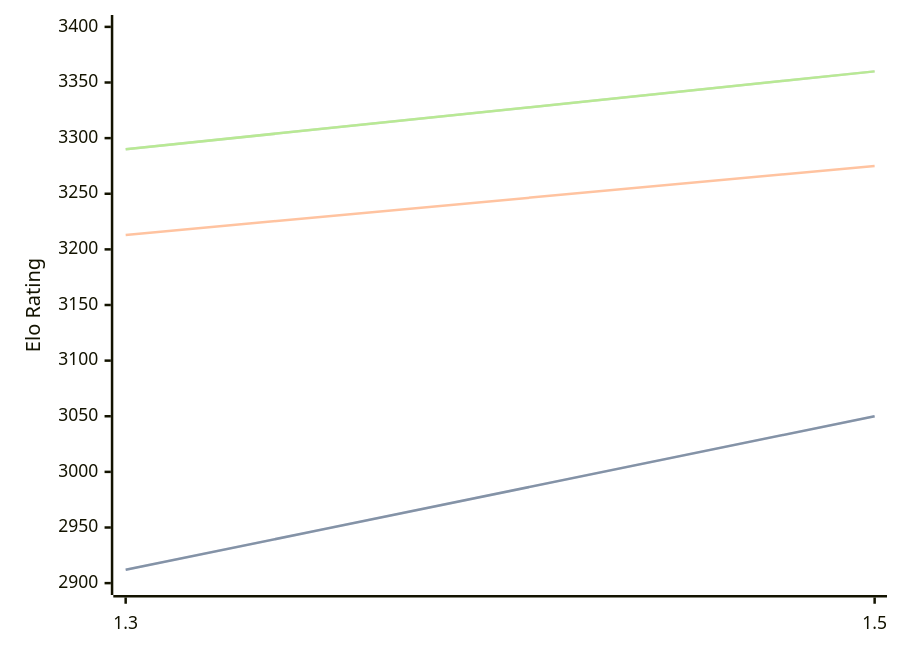
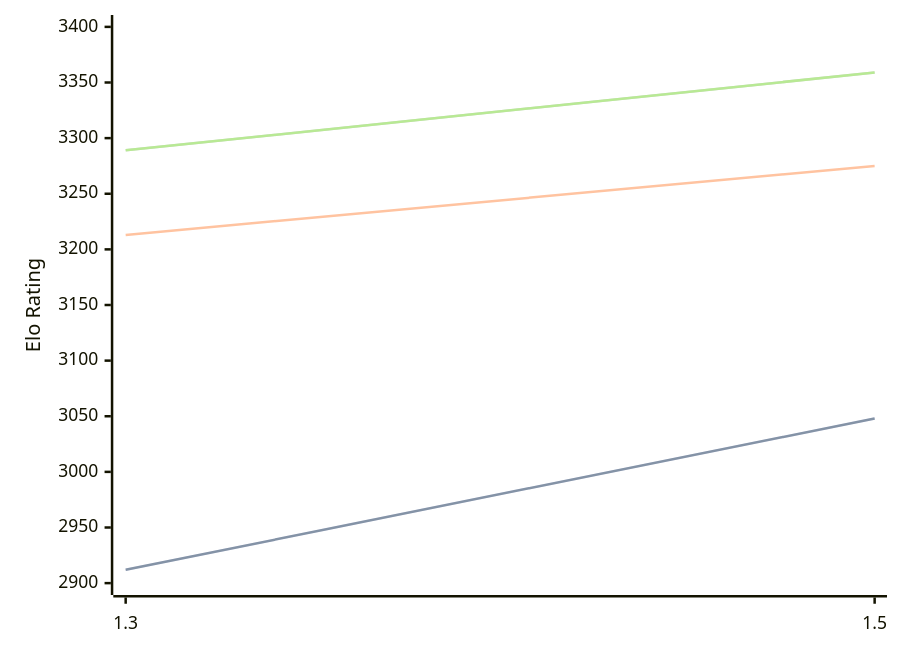
The diagram in engines/Lambergar.md (computer-chess-index/cci), drawn with Mermaid before and after one commit. The commit also changed other lines of this file, not shown here.

Commit message:
Update CCI Ratings (ELO VLTC) - 2026-09-12

````diff
--- a/engines/Lambergar.md
+++ b/engines/Lambergar.md
@@ -32,11 +32,11 @@
 ```mermaid
 %%{init: {"theme":"base","themeVariables":{"seriesColors:['#a3a3a3','#222221','#faa371']}}}%%
 xychart-beta
   x-axis ["1.3", "1.5"]
   y-axis "Elo Rating" 2900 --> 3400
-  line "" [2912, 3050]
-  line "STC (8.0+0.08s)" [2912, 3050]
+  line "" [2912, 3048]
+  line "STC (8.0+0.08s)" [2912, 3048]
   line "LTC (60.0+0.60s)" [3213, 3275]
-  line "" [3290, 3360]
-  line "VLTC (2m24s+1.12s)" [3290, 3360]
+  line "" [3289, 3359]
+  line "VLTC (2m24s+1.12s)" [3289, 3359]
 ```
````
